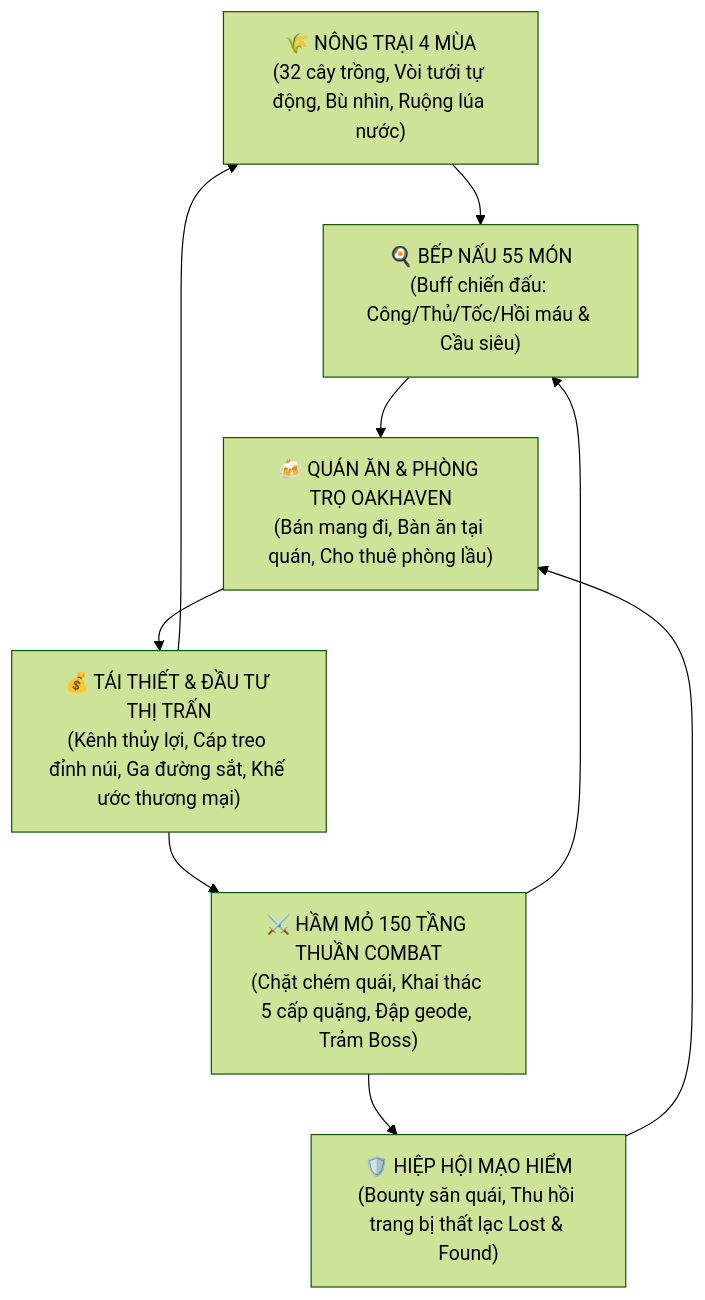
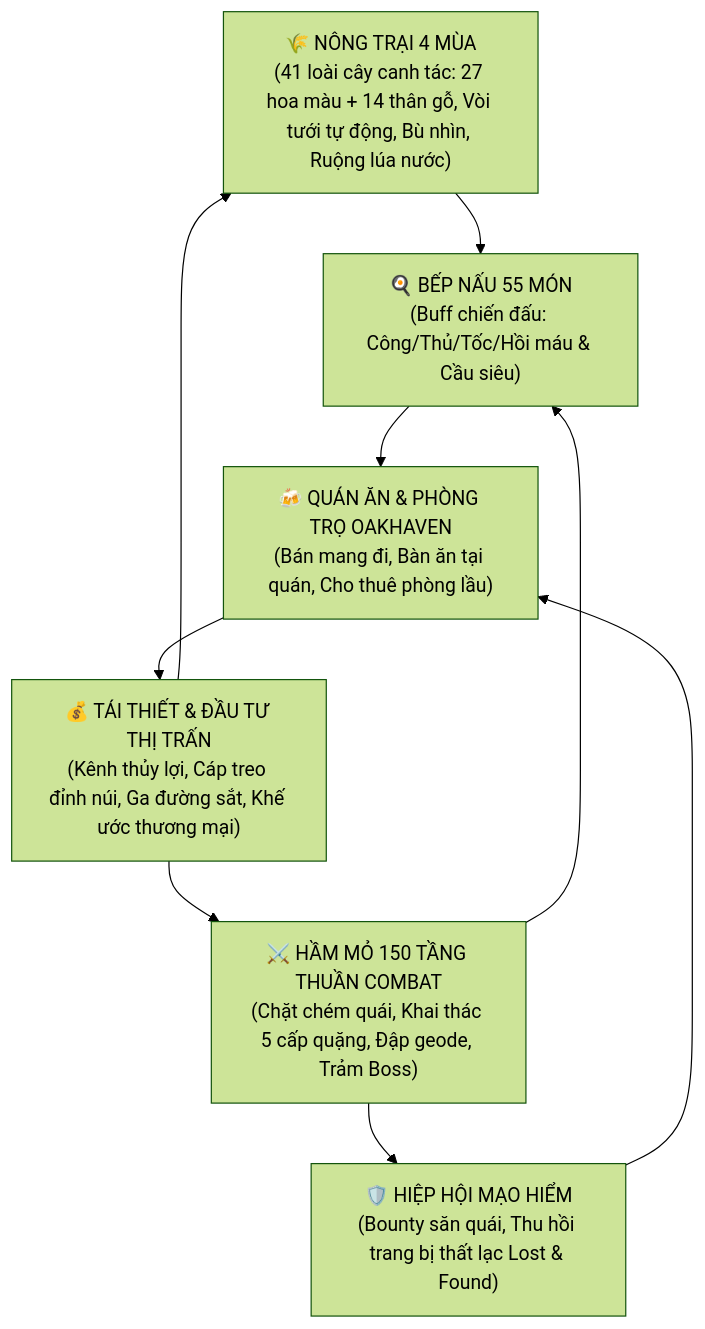
The diagram in OAKHAVEN_DESIGN_COMPENDIUM.md (mquand/rowan-of-oakhaven-wiki), drawn with Mermaid (forest theme) before and after one commit. The commit also changed other lines of this file and 10 other files, not shown here.

````diff
--- a/OAKHAVEN_DESIGN_COMPENDIUM.md
+++ b/OAKHAVEN_DESIGN_COMPENDIUM.md
@@ -11,11 +11,11 @@
 ```mermaid
 flowchart TD
-    Farm["🌾 NÔNG TRẠI 4 MÙA<br/>(32 cây trồng, Vòi tưới tự động, Bù nhìn, Ruộng lúa nước)"] --> Kitchen["🍳 BẾP NẤU 55 MÓN<br/>(Buff chiến đấu: Công/Thủ/Tốc/Hồi máu & Cầu siêu)"]
+    Farm["🌾 NÔNG TRẠI 4 MÙA<br/>(41 loài cây canh tác: 27 hoa màu + 14 thân gỗ, Vòi tưới tự động, Bù nhìn, Ruộng lúa nước)"] --> Kitchen["🍳 BẾP NẤU 55 MÓN<br/>(Buff chiến đấu: Công/Thủ/Tốc/Hồi máu & Cầu siêu)"]
     Mine["⚔️ HẦM MỎ 150 TẦNG THUẦN COMBAT<br/>(Chặt chém quái, Khai thác 5 cấp quặng, Đập geode, Trảm Boss)"] --> Kitchen
     Kitchen --> Tavern["🍻 QUÁN ĂN & PHÒNG TRỌ OAKHAVEN<br/>(Bán mang đi, Bàn ăn tại quán, Cho thuê phòng lầu)"]
     Tavern --> Invest["💰 TÁI THIẾT & ĐẦU TƯ THỊ TRẤN<br/>(Kênh thủy lợi, Cáp treo đỉnh núi, Ga đường sắt, Khế ước thương mại)"]
     Invest --> Farm
     Invest --> Mine
     Mine --> Guild["🛡️ HIỆP HỘI MẠO HIỂM<br/>(Bounty săn quái, Thu hồi trang bị thất lạc Lost & Found)"]
     Guild --> Tavern
 ```
````
